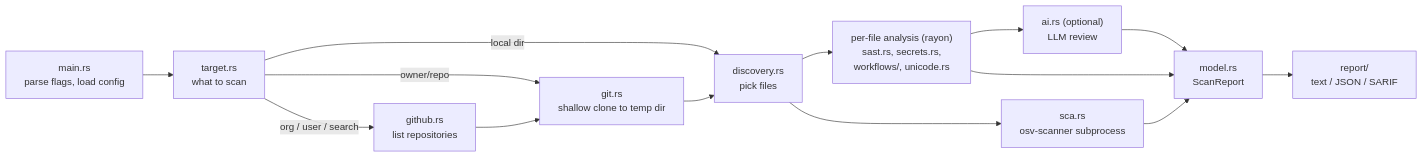
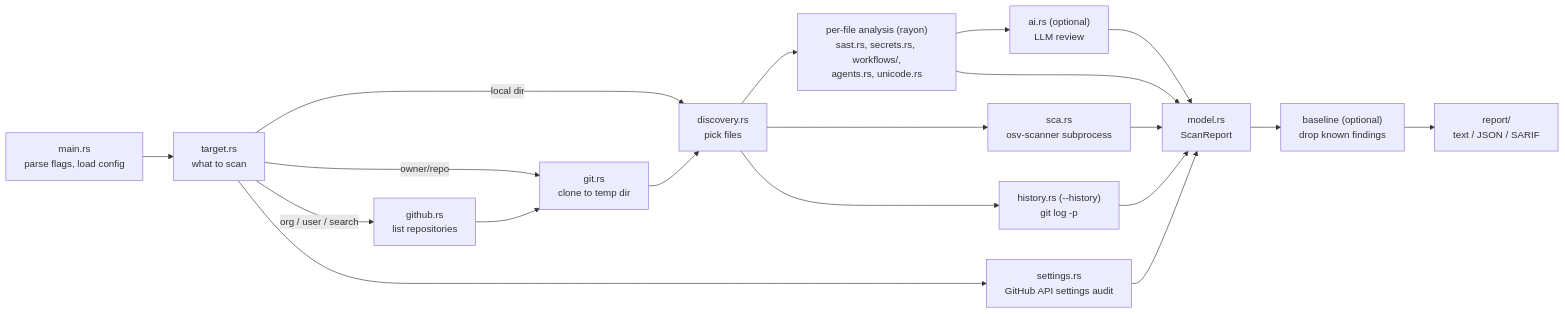
The diagram in docs/ARCHITECTURE.md (Divhanthelion/ghaudit), drawn with Mermaid before and after one commit. The commit also changed other lines of this file and 5 other files, not shown here.

````diff
--- a/docs/ARCHITECTURE.md
+++ b/docs/ARCHITECTURE.md
@@ -8,15 +8,20 @@
 ```mermaid
 flowchart LR
     CLI["main.rs<br/>parse flags, load config"] --> T["target.rs<br/>what to scan"]
     T -->|local dir| D
-    T -->|owner/repo| G["git.rs<br/>shallow clone to temp dir"]
+    T -->|owner/repo| G["git.rs<br/>clone to temp dir"]
     T -->|org / user / search| API["github.rs<br/>list repositories"] --> G
+    T --> SET["settings.rs<br/>GitHub API settings audit"]
     G --> D["discovery.rs<br/>pick files"]
-    D --> L["per-file analysis (rayon)<br/>sast.rs, secrets.rs,<br/>workflows/, unicode.rs"]
+    D --> L["per-file analysis (rayon)<br/>sast.rs, secrets.rs, workflows/,<br/>agents.rs, unicode.rs"]
     D --> S["sca.rs<br/>osv-scanner subprocess"]
+    D --> H["history.rs (--history)<br/>git log -p"]
     L --> AI["ai.rs (optional)<br/>LLM review"]
     L --> R["model.rs<br/>ScanReport"]
     S --> R
+    H --> R
+    SET --> R
     AI --> R
-    R --> OUT["report/<br/>text / JSON / SARIF"]
+    R --> B["baseline (optional)<br/>drop known findings"]
+    B --> OUT["report/<br/>text / JSON / SARIF"]
 ```
````
